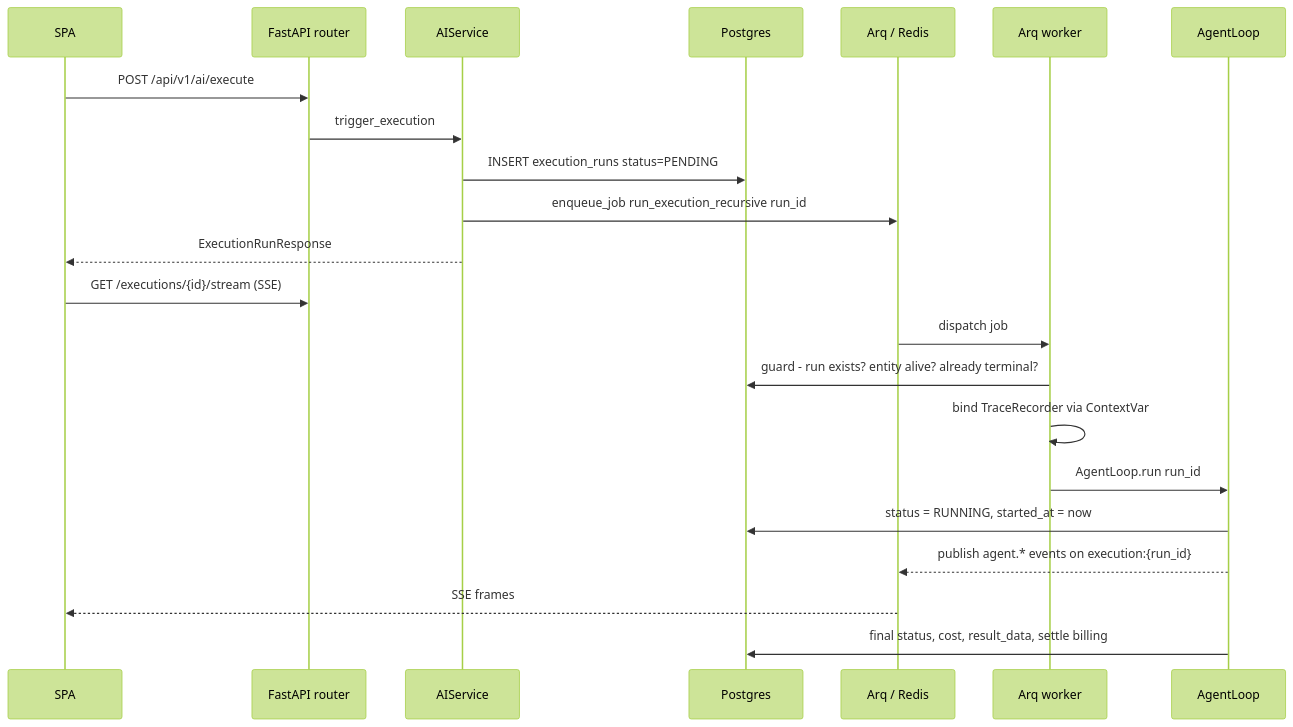
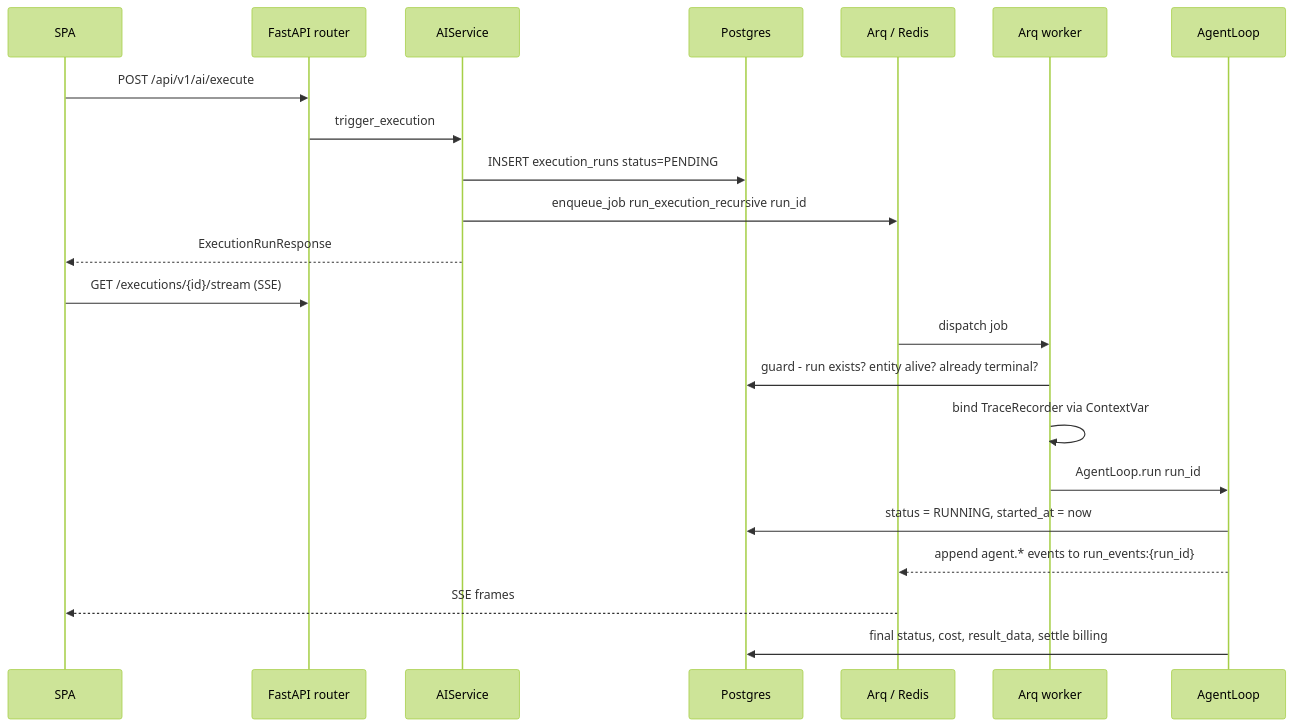
Before and after one commit to gondolerahul/hire-buddha-app: the third of 25 diagrams in docs/current/05-agent-kernel.md, drawn with Mermaid (forest theme). The commit also changed other lines of this file and 31 other files, not shown here.

````diff
--- a/docs/current/05-agent-kernel.md
+++ b/docs/current/05-agent-kernel.md
@@ -144,25 +144,25 @@
 ```mermaid
 sequenceDiagram
     participant UI as SPA
     participant API as FastAPI router
     participant SVC as AIService
     participant PG as Postgres
     participant RQ as Arq / Redis
     participant W as Arq worker
     participant AL as AgentLoop
 
     UI->>API: POST /api/v1/ai/execute
     API->>SVC: trigger_execution
     SVC->>PG: INSERT execution_runs status=PENDING
     SVC->>RQ: enqueue_job run_execution_recursive run_id
     SVC-->>UI: ExecutionRunResponse
     UI->>API: GET /executions/{id}/stream  (SSE)
     RQ->>W: dispatch job
     W->>PG: guard - run exists? entity alive? already terminal?
     W->>W: bind TraceRecorder via ContextVar
     W->>AL: AgentLoop.run run_id
     AL->>PG: status = RUNNING, started_at = now
-    AL-->>RQ: publish agent.* events on execution:{run_id}
+    AL-->>RQ: append agent.* events to run_events:{run_id}
     RQ-->>UI: SSE frames
     AL->>PG: final status, cost, result_data, settle billing
 ```
````
